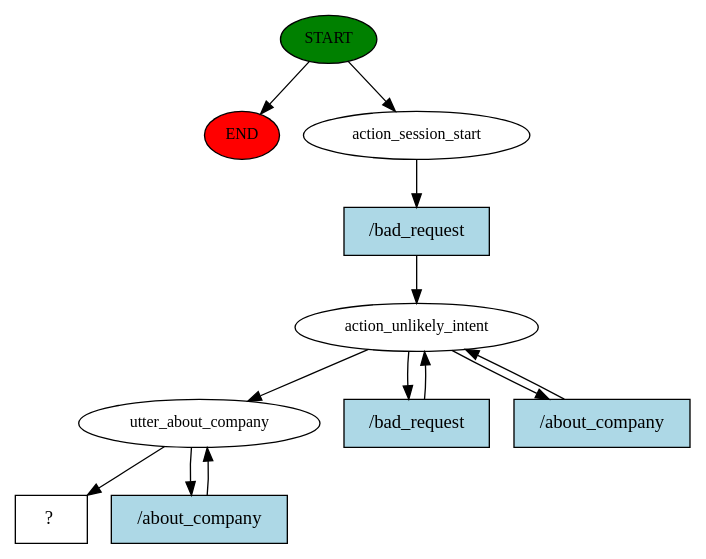
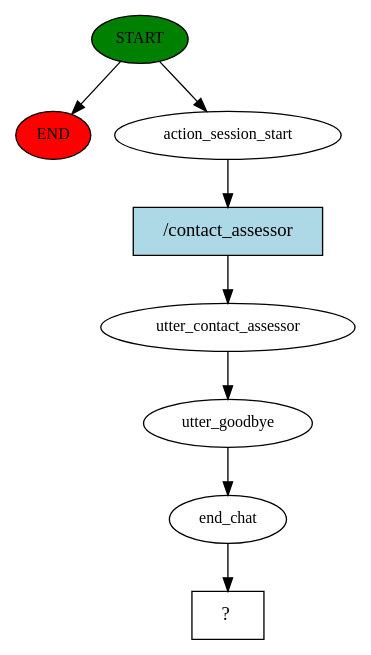
One commit to AlejandroChitivaC/BotPythonRasa changed the diagram in story_graph.dot. Above: the diagram before and after it, drawn with Graphviz. The commit also changed 7 other files, not shown here.

```diff
--- a/story_graph.dot
+++ b/story_graph.dot
@@ -1,24 +1,17 @@
 digraph  {
 0 [class="start active", fillcolor=green, fontsize=12, label=START, style=filled];
 "-1" [class=end, fillcolor=red, fontsize=12, label=END, style=filled];
 1 [class=active, fontsize=12, label=action_session_start];
-2 [class=active, fontsize=12, label=action_unlikely_intent];
-6 [class=active, fontsize=12, label=utter_about_company];
-10 [class="intent dashed active", label="  ?  ", shape=rect];
-11 [class="intent active", fillcolor=lightblue, label="/bad_request", shape=rect, style=filled];
-12 [class="intent active", fillcolor=lightblue, label="/bad_request", shape=rect, style=filled];
-13 [class="intent active", fillcolor=lightblue, label="/about_company", shape=rect, style=filled];
-14 [class="intent active", fillcolor=lightblue, label="/about_company", shape=rect, style=filled];
+2 [class=active, fontsize=12, label=utter_contact_assessor];
+3 [class=active, fontsize=12, label=utter_goodbye];
+4 [class=active, fontsize=12, label=end_chat];
+5 [class="intent dashed active", label="  ?  ", shape=rect];
+6 [class="intent active", fillcolor=lightblue, label="/contact_assessor", shape=rect, style=filled];
 0 -> "-1"  [class="", key=NONE, label=""];
 0 -> 1  [class=active, key=NONE, label=""];
-1 -> 11  [class=active, key=0];
-2 -> 6  [class=active, key=NONE, label=""];
-2 -> 12  [class=active, key=0];
-2 -> 13  [class=active, key=0];
-6 -> 10  [class=active, key=NONE, label=""];
-6 -> 14  [class=active, key=0];
-11 -> 2  [class=active, key=0];
-12 -> 2  [class=active, key=0];
-13 -> 2  [class=active, key=0];
-14 -> 6  [class=active, key=0];
+1 -> 6  [class=active, key=0];
+2 -> 3  [class=active, key=NONE, label=""];
+3 -> 4  [class=active, key=NONE, label=""];
+4 -> 5  [class=active, key=NONE, label=""];
+6 -> 2  [class=active, key=0];
 }
```
